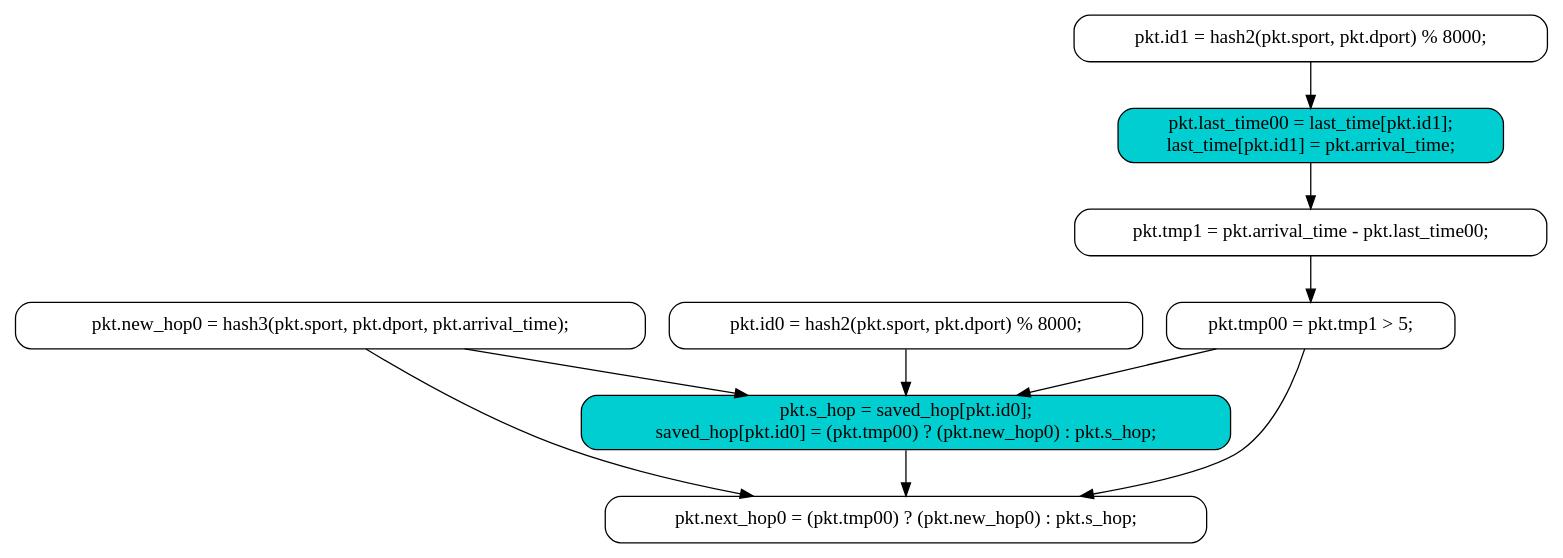
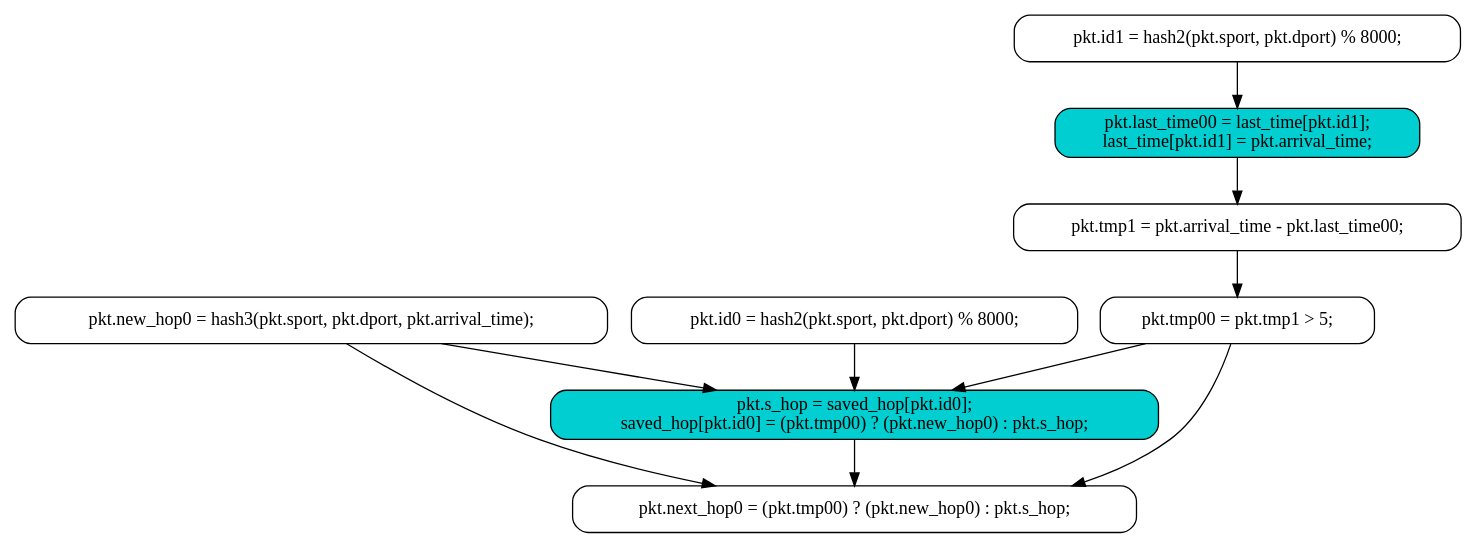
The diagram in pipe.dot (evelinad/domino-paper), drawn with Graphviz before and after one commit. The commit also changed 1 other file, not shown here.

Commit message:
Commit best pipe diagram so far

```diff
--- a/pipe.dot
+++ b/pipe.dot
@@ -1,50 +1,50 @@
 digraph pipeline_diagram {
 	graph [splines=true];
-	node [fontsize=15,
+	node [fontsize=14,
 		shape=box,
 		style="rounded,filled"
 	];
 	17026276795536135580	 [fillcolor=white,
 		label="pkt.id0 = hash2(pkt.sport, pkt.dport) % 8000;
 ",
 		pos="0,0"];
 	1888421132967276013	 [fillcolor=darkturquoise,
 		label="pkt.s_hop = saved_hop[pkt.id0];
 saved_hop[pkt.id0] = (pkt.tmp00) ? (pkt.new_hop0) : pkt.s_hop;
 ",
 		pos="1000,75"];
 	17026276795536135580 -> 1888421132967276013;
 	14189279844170092958	 [fillcolor=white,
 		label="pkt.id1 = hash2(pkt.sport, pkt.dport) % 8000;
 ",
 		pos="0,75"];
 	12446252659599601705	 [fillcolor=darkturquoise,
 		label="pkt.last_time00 = last_time[pkt.id1];
 last_time[pkt.id1] = pkt.arrival_time;
 ",
 		pos="250,0"];
 	14189279844170092958 -> 12446252659599601705;
 	2099629598090192900	 [fillcolor=white,
 		label="pkt.new_hop0 = hash3(pkt.sport, pkt.dport, pkt.arrival_time);
 ",
 		pos="0,150"];
 	2099629598090192900 -> 1888421132967276013;
 	6102173050205819670	 [fillcolor=white,
 		label="pkt.next_hop0 = (pkt.tmp00) ? (pkt.new_hop0) : pkt.s_hop;
 ",
-		pos="1300,150"];
+		pos="1300,0"];
 	2099629598090192900 -> 6102173050205819670;
 	16881394305680060328	 [fillcolor=white,
 		label="pkt.tmp1 = pkt.arrival_time - pkt.last_time00;
 ",
 		pos="500,0"];
 	12446252659599601705 -> 16881394305680060328;
 	7814081429072624425	 [fillcolor=white,
 		label="pkt.tmp00 = pkt.tmp1 > 5;
 ",
 		pos="750,0"];
 	16881394305680060328 -> 7814081429072624425;
 	7814081429072624425 -> 1888421132967276013;
 	7814081429072624425 -> 6102173050205819670;
 	1888421132967276013 -> 6102173050205819670;
 }
```
